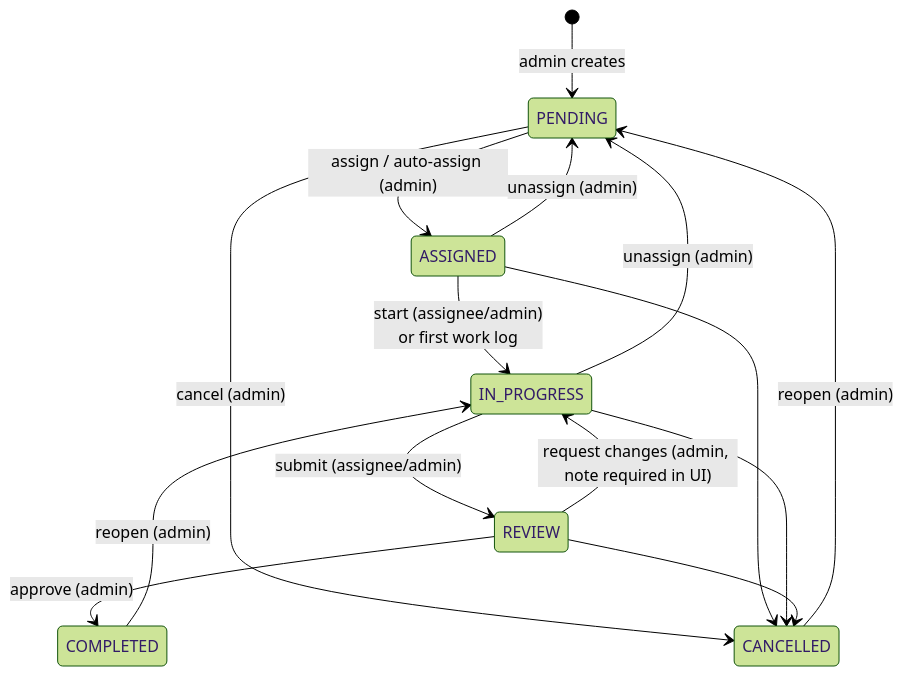
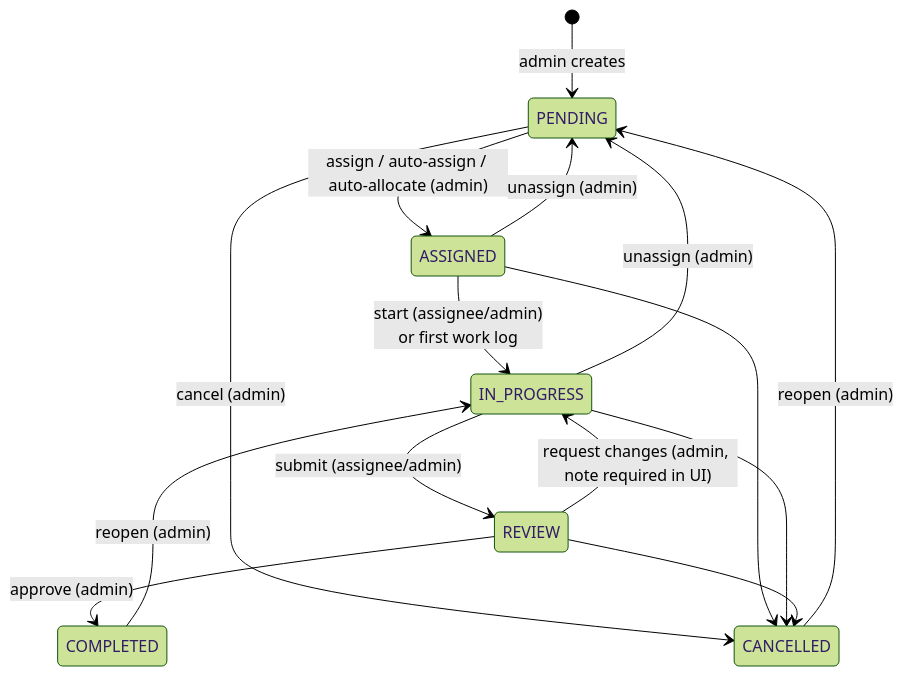
The diagram in docs/ai/TASK_WORKFLOW.md (md8-habibullah/smart_workflow), drawn with Mermaid (forest theme) before and after one commit. The commit also changed other lines of this file and 98 other files, not shown here.

````diff
--- a/docs/ai/TASK_WORKFLOW.md
+++ b/docs/ai/TASK_WORKFLOW.md
@@ -5,17 +5,17 @@
 ```mermaid
 stateDiagram-v2
     [*] --> PENDING: admin creates
-    PENDING --> ASSIGNED: assign / auto-assign (admin)
+    PENDING --> ASSIGNED: assign / auto-assign / auto-allocate (admin)
     ASSIGNED --> IN_PROGRESS: start (assignee/admin)<br/>or first work log
     IN_PROGRESS --> REVIEW: submit (assignee/admin)
     REVIEW --> COMPLETED: approve (admin)
     REVIEW --> IN_PROGRESS: request changes (admin, note required in UI)
     COMPLETED --> IN_PROGRESS: reopen (admin)
     PENDING --> CANCELLED: cancel (admin)
     ASSIGNED --> CANCELLED
     IN_PROGRESS --> CANCELLED
     REVIEW --> CANCELLED
     CANCELLED --> PENDING: reopen (admin)
     ASSIGNED --> PENDING: unassign (admin)
     IN_PROGRESS --> PENDING: unassign (admin)
 ```
````
